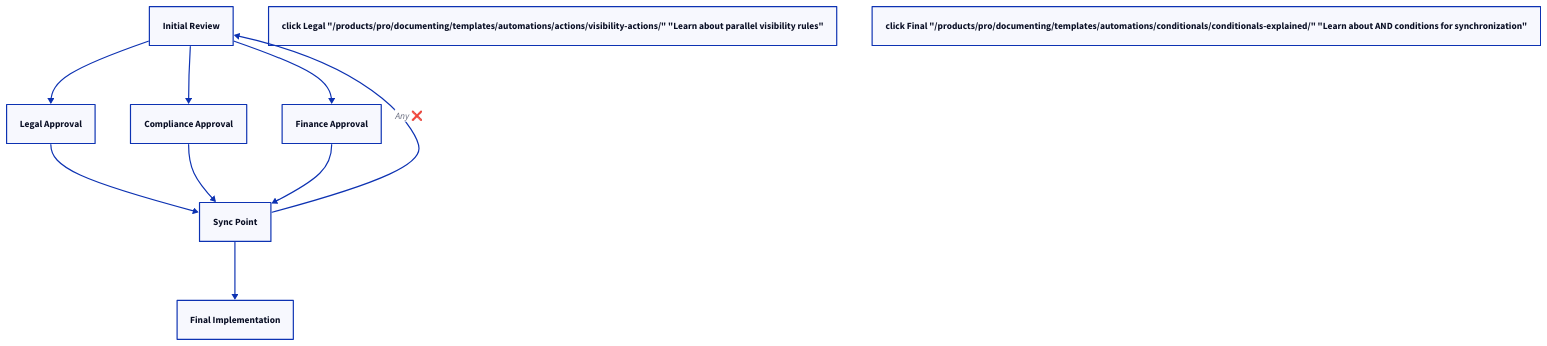
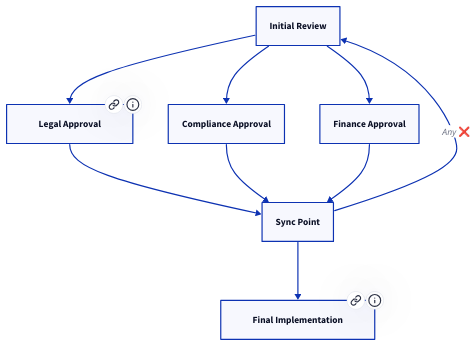
One commit to tallyfy/documentation changed the second of 3 diagrams in src/content/docs/pro/documenting/templates/automations/examples/multi-level-approval-loops.mdx. Above: the diagram before and after it, drawn with D2. The commit also changed other lines of this file and 26 other files, not shown here.

````diff
--- a/src/content/docs/pro/documenting/templates/automations/examples/multi-level-approval-loops.mdx
+++ b/src/content/docs/pro/documenting/templates/automations/examples/multi-level-approval-loops.mdx
@@ -114,18 +118,20 @@
 ```d2
 Initial: "Initial Review"
 Legal: "Legal Approval"
 Compliance: "Compliance Approval"
 Finance: "Finance Approval"
 Sync: "Sync Point"
 Final: "Final Implementation"
 Initial -> Legal
 Initial -> Compliance
 Initial -> Finance
 Legal -> Sync
 Compliance -> Sync
 Finance -> Sync
 Sync -> Final
 Sync -> Initial: "Any ❌"
-click Legal "/products/pro/documenting/templates/automations/actions/visibility-actions/" "Learn about parallel visibility rules"
-click Final "/products/pro/documenting/templates/automations/conditionals/conditionals-explained/" "Learn about AND conditions for synchronization"
+Legal.link: "/products/pro/documenting/templates/automations/actions/visibility-actions/"
+Legal.tooltip: "Learn about parallel visibility rules"
+Final.link: "/products/pro/documenting/templates/automations/conditionals/conditionals-explained/"
+Final.tooltip: "Learn about AND conditions for synchronization"
 ```
````
